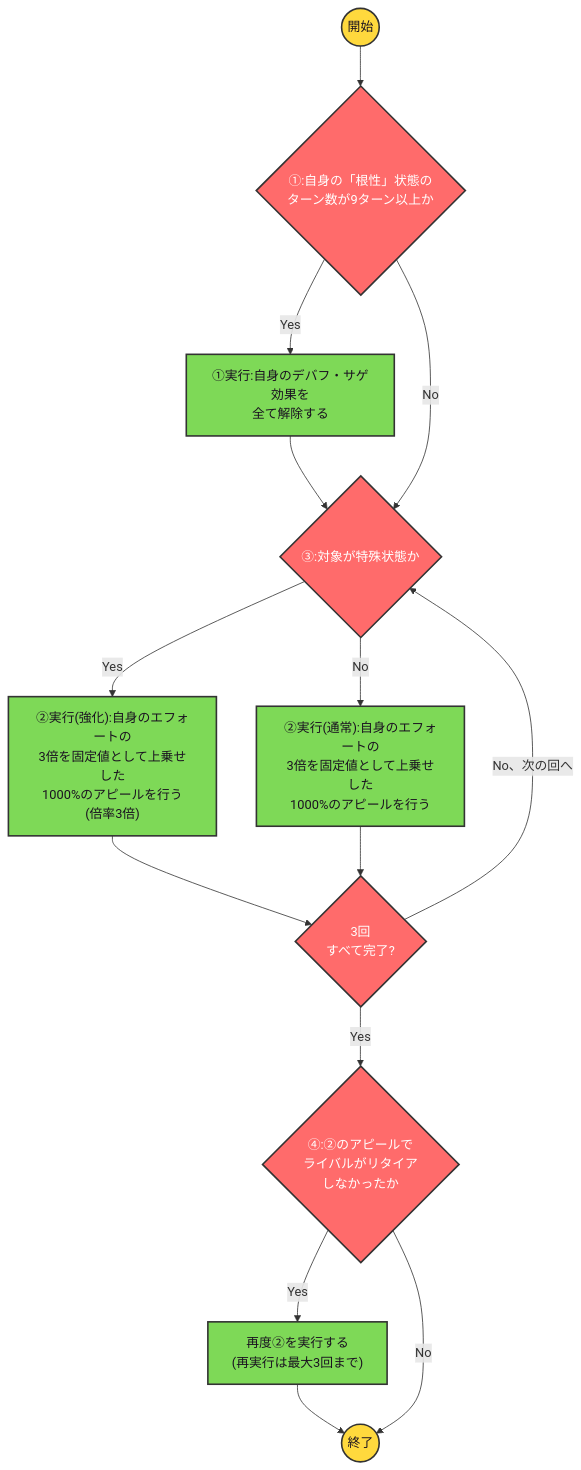
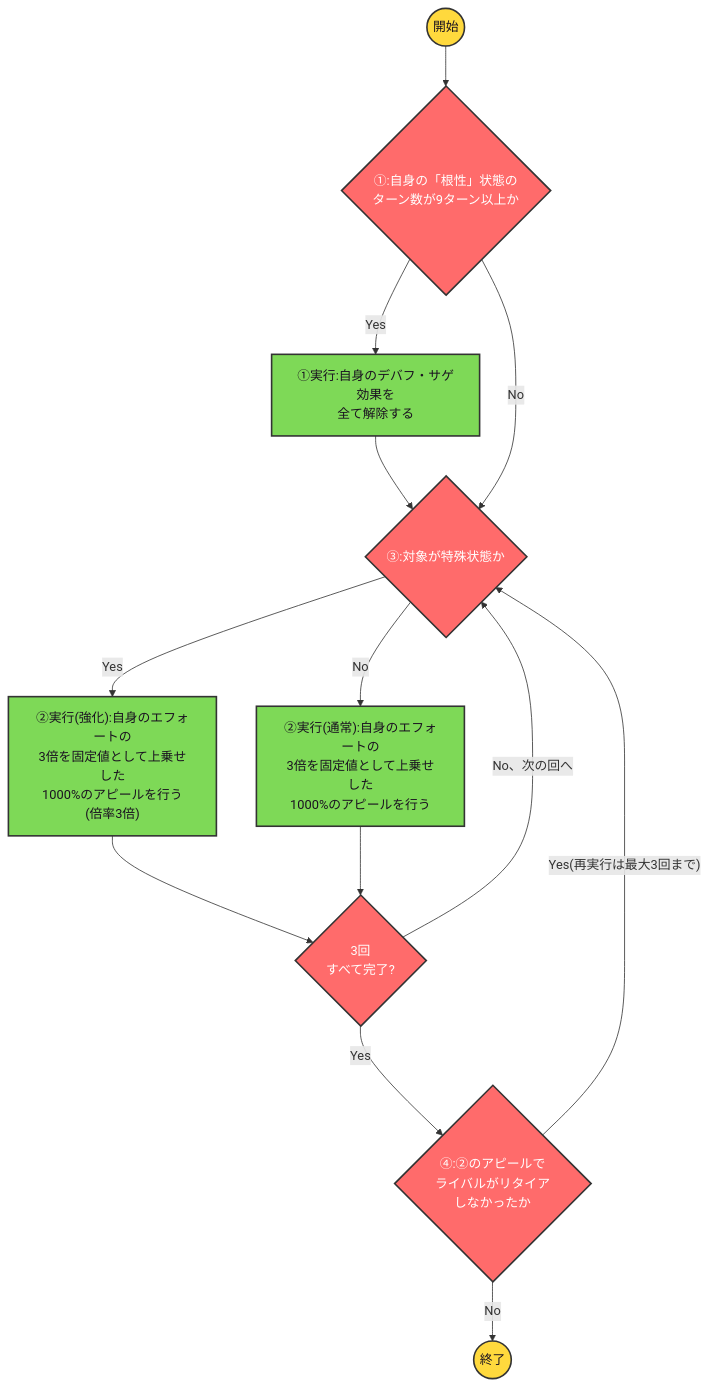
The diagram in data/inoue_nagi/hodokyo_skill2.mmd (ryomochi0918/nogifra-characters), drawn with Mermaid before and after one commit. The commit also changed 20 other files, not shown here.

```diff
--- a/data/inoue_nagi/hodokyo_skill2.mmd
+++ b/data/inoue_nagi/hodokyo_skill2.mmd
@@ -1,15 +1,15 @@
 flowchart TD
     classDef startend fill:#FFD93D,stroke:#333,stroke-width:2px,color:#1a1220;
     classDef cond fill:#FF6B6B,stroke:#333,stroke-width:2px,color:#ffffff;
     classDef effect fill:#6EC6E8,stroke:#333,stroke-width:2px,color:#1a1220;
     classDef action fill:#7ED957,stroke:#333,stroke-width:2px,color:#1a1220;
 
     start(("開始")):::startend --> c0{"①:自身の「根性」状態の<br/>ターン数が9ターン以上か"}:::cond
     c0 -->|"Yes"| a0["①実行:自身のデバフ・サゲ効果を<br/>全て解除する"]:::action --> c1
     c0 -->|"No"| c1{"③:対象が特殊状態か"}:::cond
     c1 -->|"Yes"| a1["②実行(強化):自身のエフォートの<br/>3倍を固定値として上乗せした<br/>1000%のアピールを行う<br/>(倍率3倍)"]:::action --> loop1{"3回<br/>すべて完了?"}:::cond
     c1 -->|"No"| a2["②実行(通常):自身のエフォートの<br/>3倍を固定値として上乗せした<br/>1000%のアピールを行う"]:::action --> loop1
     loop1 -->|"No、次の回へ"| c1
     loop1 -->|"Yes"| c2{"④:②のアピールで<br/>ライバルがリタイア<br/>しなかったか"}:::cond
-    c2 -->|"Yes"| a3["再度②を実行する<br/>(再実行は最大3回まで)"]:::action --> finish(("終了")):::startend
-    c2 -->|"No"| finish
+    c2 -->|"Yes(再実行は最大3回まで)"| c1
+    c2 -->|"No"| finish(("終了")):::startend
```
